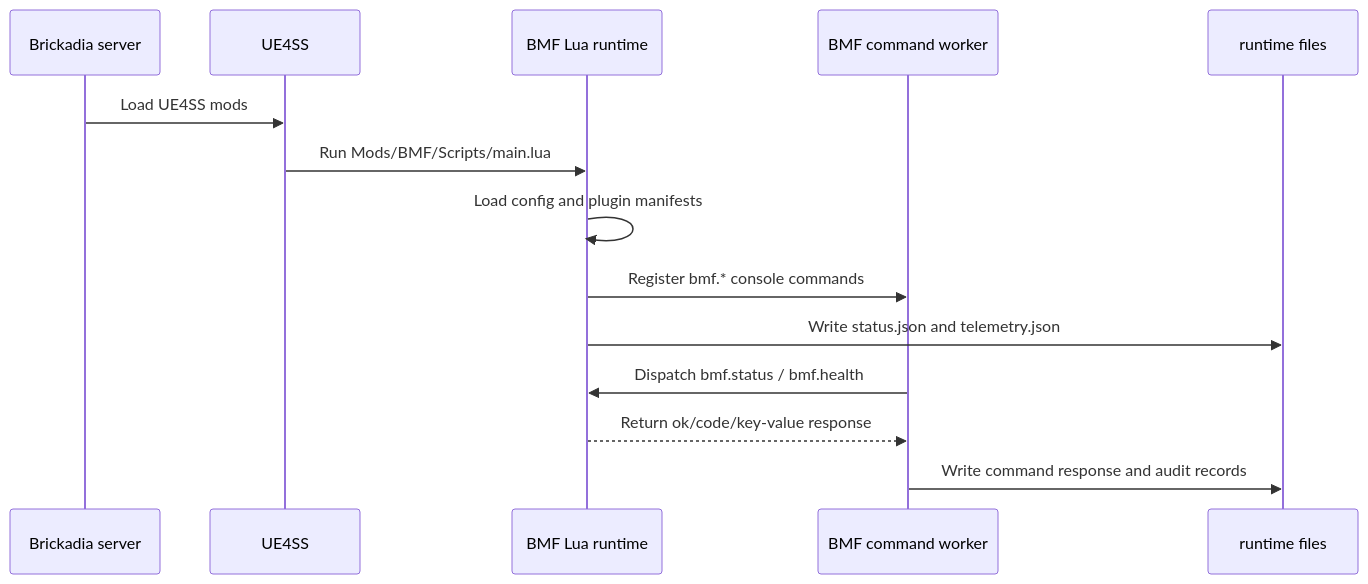
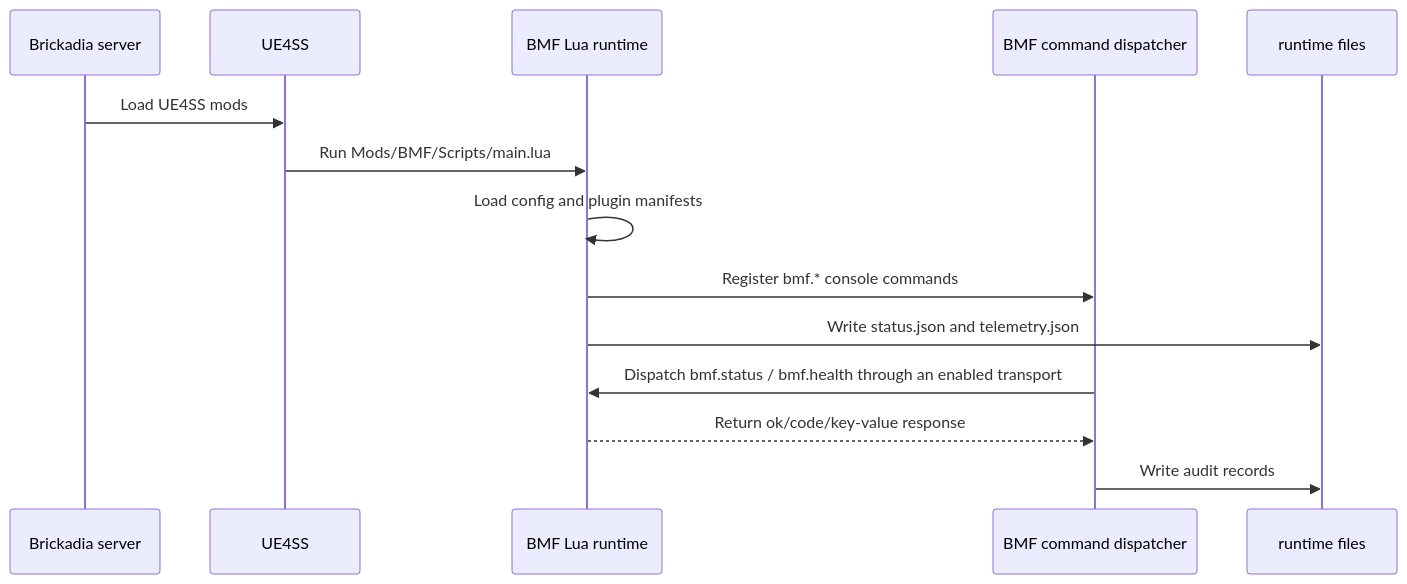
One commit to Ty-lerCox/brickadia-modding-framework changed the first of 9 diagrams in docs/architecture/architecture-patterns.md. Above: the diagram before and after it, drawn with Mermaid. The commit also changed other lines of this file and 140 other files, not shown here.

````diff
--- a/docs/architecture/architecture-patterns.md
+++ b/docs/architecture/architecture-patterns.md
@@ -23,17 +23,17 @@
 ```mermaid
 sequenceDiagram
     participant Server as Brickadia server
     participant UE4SS as UE4SS
     participant BMF as BMF Lua runtime
-    participant Cmd as BMF command worker
+    participant Cmd as BMF command dispatcher
     participant Files as runtime files
 
     Server->>UE4SS: Load UE4SS mods
     UE4SS->>BMF: Run Mods/BMF/Scripts/main.lua
     BMF->>BMF: Load config and plugin manifests
     BMF->>Cmd: Register bmf.* console commands
     BMF->>Files: Write status.json and telemetry.json
-    Cmd->>BMF: Dispatch bmf.status / bmf.health
+    Cmd->>BMF: Dispatch bmf.status / bmf.health through an enabled transport
     BMF-->>Cmd: Return ok/code/key-value response
-    Cmd->>Files: Write command response and audit records
+    Cmd->>Files: Write audit records
 ```
````
